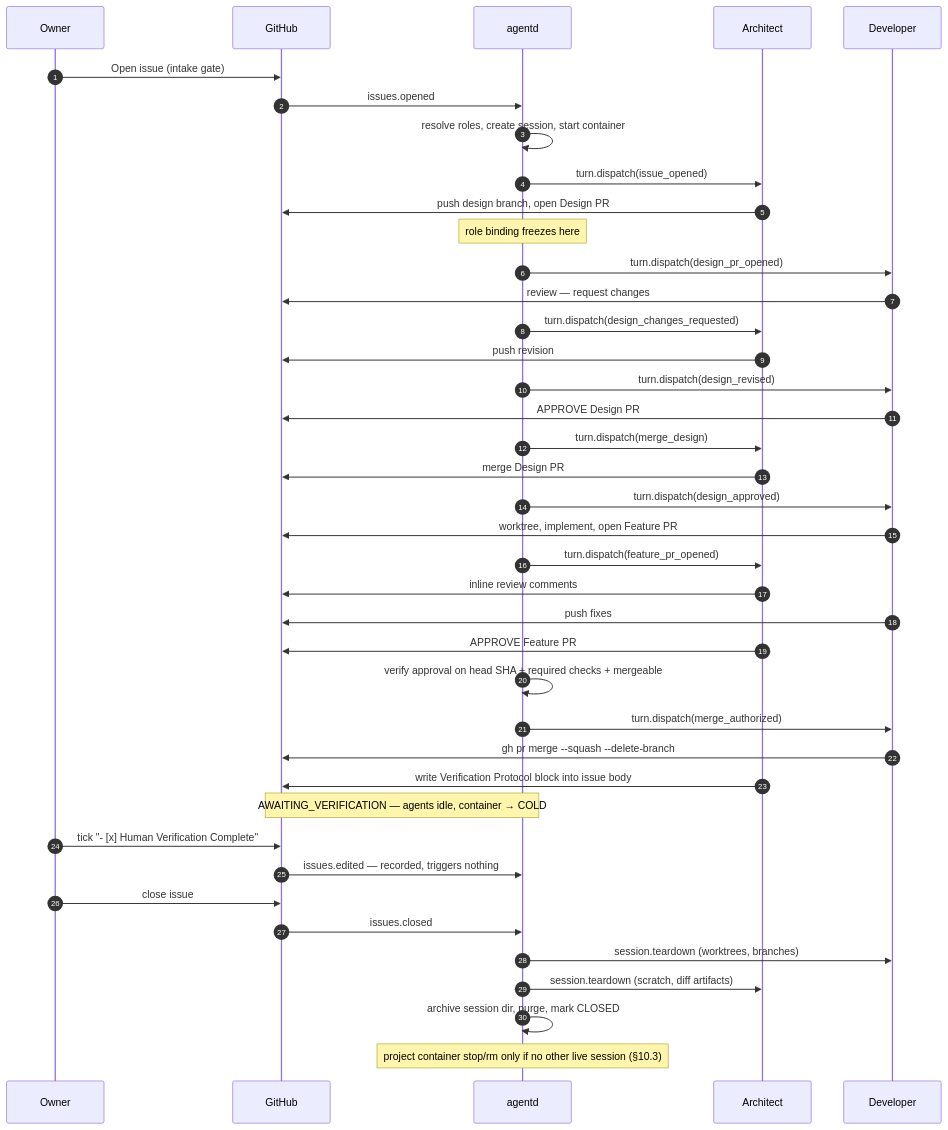
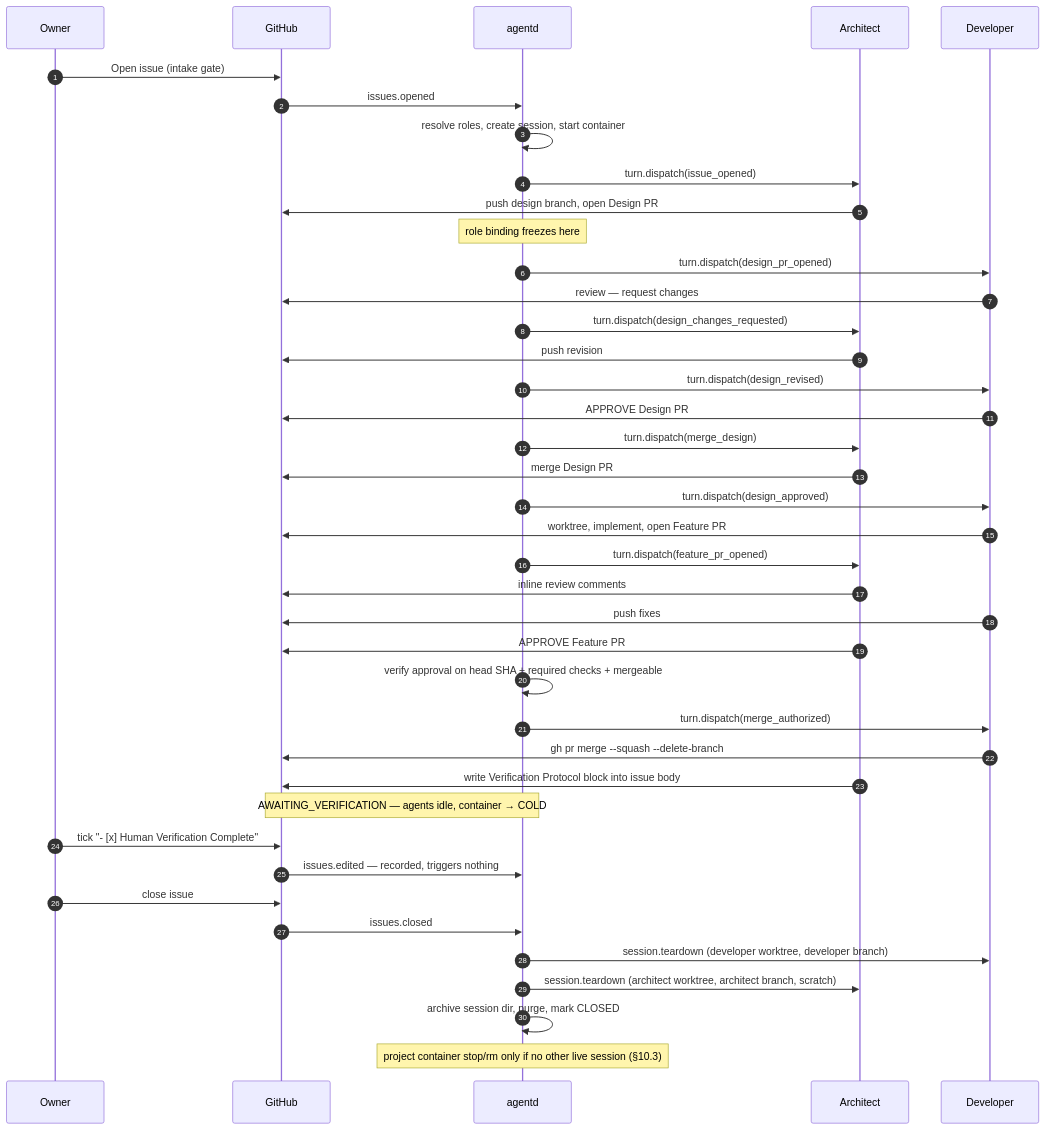
Before and after one commit to huozhe/code-workflow: the third of 3 diagrams in docs/design/unified_design_spec.md, drawn with Mermaid. The commit also changed other lines of this file and 2 other files, not shown here.

First line of the commit message:
fix(agentd): each role tears down its own worktree and branch

````diff
--- a/docs/design/unified_design_spec.md
+++ b/docs/design/unified_design_spec.md
@@ -568,43 +569,43 @@
 ```mermaid
 sequenceDiagram
     autonumber
     participant H as Owner
     participant GH as GitHub
     participant D as agentd
     participant A as Architect
     participant V as Developer
 
     H->>GH: Open issue (intake gate)
     GH->>D: issues.opened
     D->>D: resolve roles, create session, start container
     D->>A: turn.dispatch(issue_opened)
     A->>GH: push design branch, open Design PR
     Note over D: role binding freezes here
     D->>V: turn.dispatch(design_pr_opened)
     V->>GH: review — request changes
     D->>A: turn.dispatch(design_changes_requested)
     A->>GH: push revision
     D->>V: turn.dispatch(design_revised)
     V->>GH: APPROVE Design PR
     D->>A: turn.dispatch(merge_design)
     A->>GH: merge Design PR
     D->>V: turn.dispatch(design_approved)
     V->>GH: worktree, implement, open Feature PR
     D->>A: turn.dispatch(feature_pr_opened)
     A->>GH: inline review comments
     V->>GH: push fixes
     A->>GH: APPROVE Feature PR
     D->>D: verify approval on head SHA + required checks + mergeable
     D->>V: turn.dispatch(merge_authorized)
     V->>GH: gh pr merge --squash --delete-branch
     A->>GH: write Verification Protocol block into issue body
     Note over D,GH: AWAITING_VERIFICATION — agents idle, container → COLD
     H->>GH: tick "- [x] Human Verification Complete"
     GH->>D: issues.edited — recorded, triggers nothing
     H->>GH: close issue
     GH->>D: issues.closed
-    D->>V: session.teardown (worktrees, branches)
-    D->>A: session.teardown (scratch, diff artifacts)
+    D->>V: session.teardown (developer worktree, developer branch)
+    D->>A: session.teardown (architect worktree, architect branch, scratch)
     D->>D: archive session dir, purge, mark CLOSED
     Note over D: project container stop/rm only if no other live session (§10.3)
 ```
````
